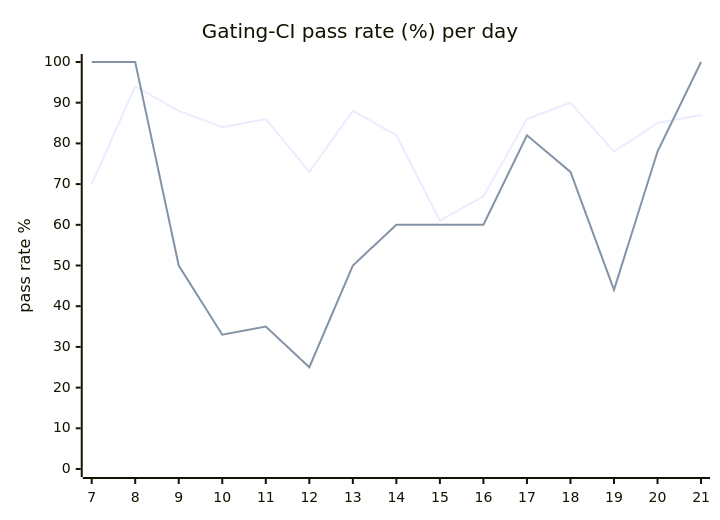
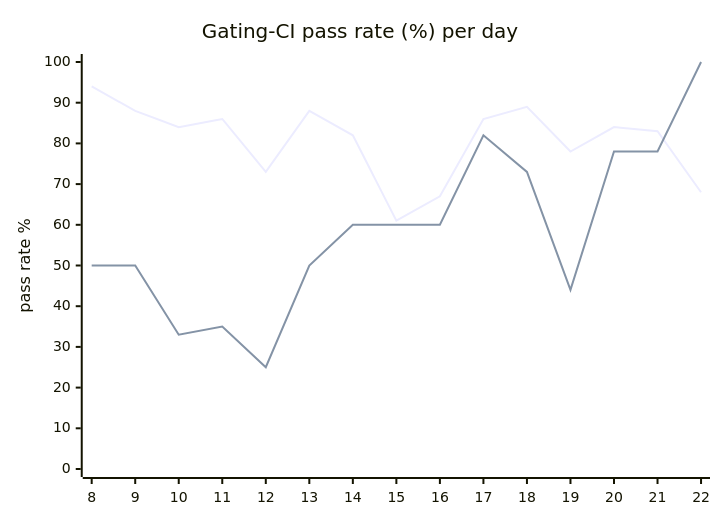
One commit to hatchet-dev/hatchet changed the diagram in hack/ci/ci-dashboard/staging/issue.md. Above: the diagram before and after it, drawn with Mermaid. The commit also changed other lines of this file, not shown here.

````diff
--- a/hack/ci/ci-dashboard/staging/issue.md
+++ b/hack/ci/ci-dashboard/staging/issue.md
@@ -9,8 +9,8 @@
 ```mermaid
 xychart-beta
   title "Gating-CI pass rate (%) per day"
-  x-axis [7, 8, 9, 10, 11, 12, 13, 14, 15, 16, 17, 18, 19, 20, 21]
+  x-axis [8, 9, 10, 11, 12, 13, 14, 15, 16, 17, 18, 19, 20, 21, 22]
   y-axis "pass rate %" 0 --> 100
-  line "CI" [70, 94, 88, 84, 86, 73, 88, 82, 61, 67, 86, 90, 78, 85, 87]
-  line "main" [100, 100, 50, 33, 35, 25, 50, 60, 60, 60, 82, 73, 44, 78, 100]
+  line "CI" [94, 88, 84, 86, 73, 88, 82, 61, 67, 86, 89, 78, 84, 83, 68]
+  line "main" [50, 50, 33, 35, 25, 50, 60, 60, 60, 82, 73, 44, 78, 78, 100]
 ```
````
